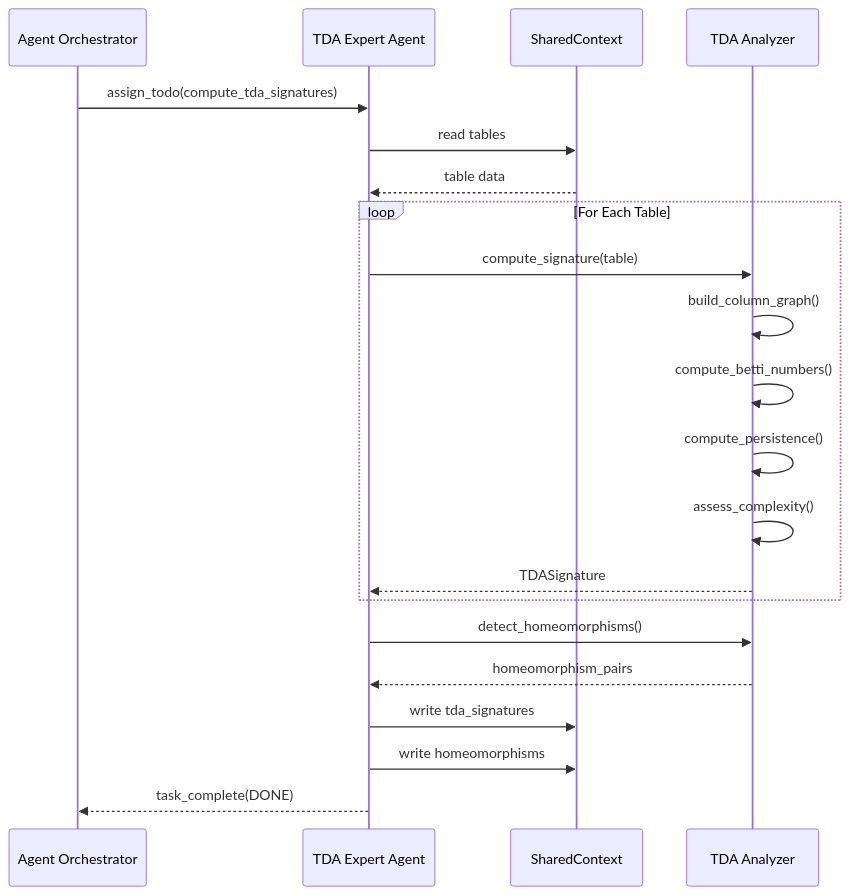
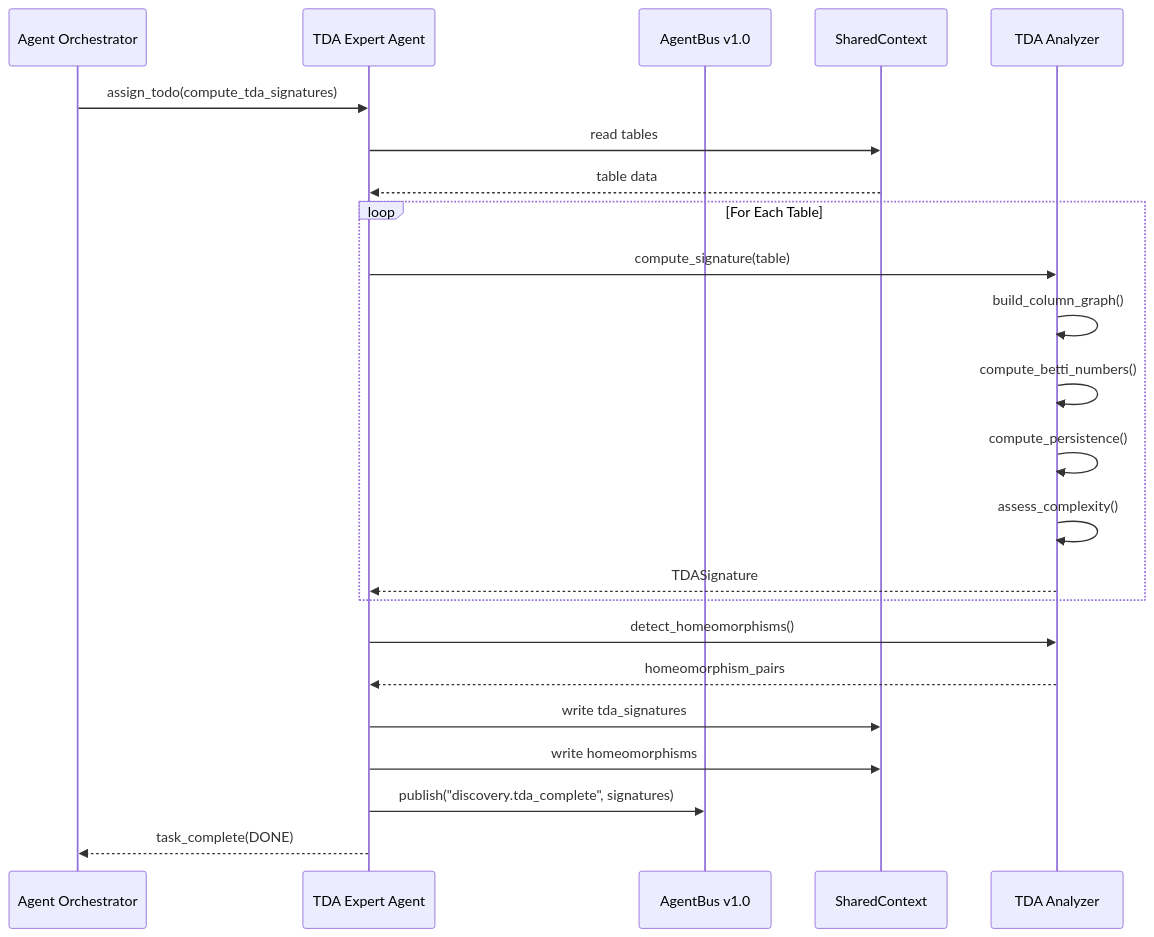
The ninth of 11 diagrams in docs/diagrams/07-tda-analysis.md (sabill123/ontology), drawn with Mermaid before and after one commit. The commit also changed other lines of this file and 176 other files, not shown here.

````diff
--- a/docs/diagrams/07-tda-analysis.md
+++ b/docs/diagrams/07-tda-analysis.md
@@ -370,27 +374,29 @@
 ```mermaid
 sequenceDiagram
     participant AO as Agent Orchestrator
     participant TDA as TDA Expert Agent
+    participant BUS as AgentBus v1.0
     participant SC as SharedContext
     participant AN as TDA Analyzer
 
     AO->>TDA: assign_todo(compute_tda_signatures)
     TDA->>SC: read tables
     SC-->>TDA: table data
 
     loop For Each Table
         TDA->>AN: compute_signature(table)
         AN->>AN: build_column_graph()
         AN->>AN: compute_betti_numbers()
         AN->>AN: compute_persistence()
         AN->>AN: assess_complexity()
         AN-->>TDA: TDASignature
     end
 
     TDA->>AN: detect_homeomorphisms()
     AN-->>TDA: homeomorphism_pairs
 
     TDA->>SC: write tda_signatures
     TDA->>SC: write homeomorphisms
+    TDA->>BUS: publish("discovery.tda_complete", signatures)
     TDA-->>AO: task_complete(DONE)
 ```
````
